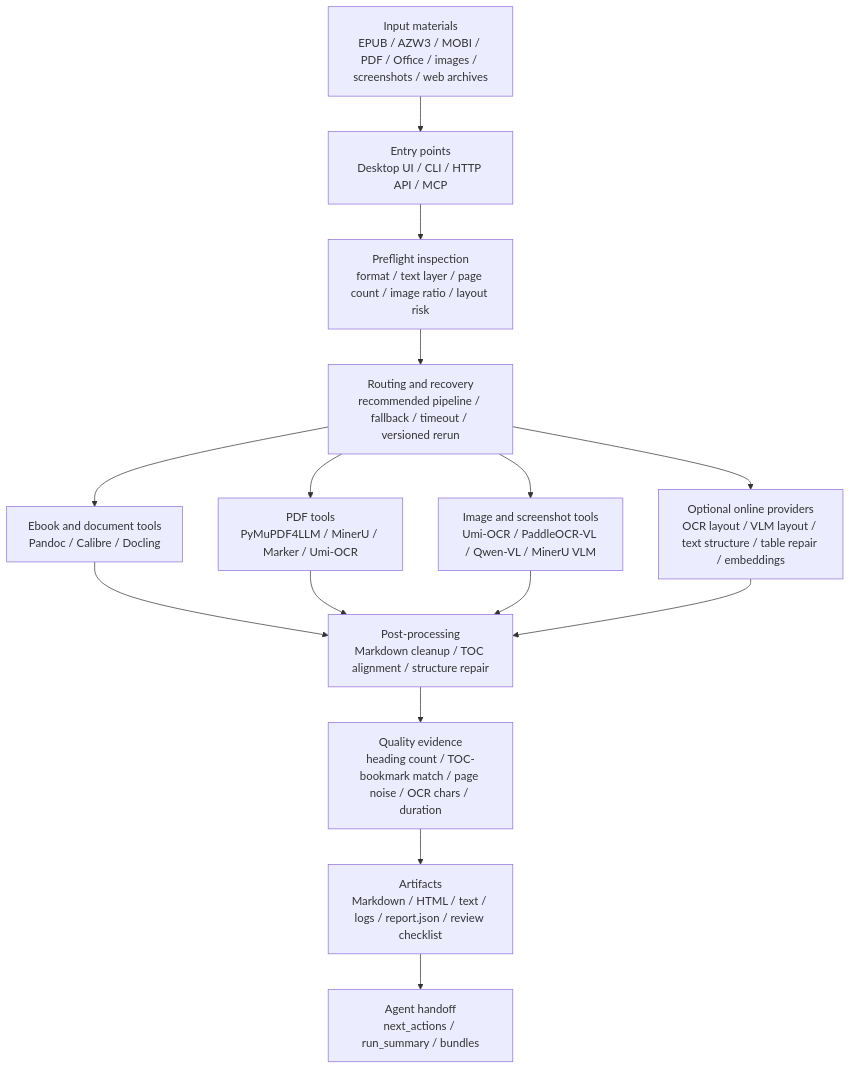
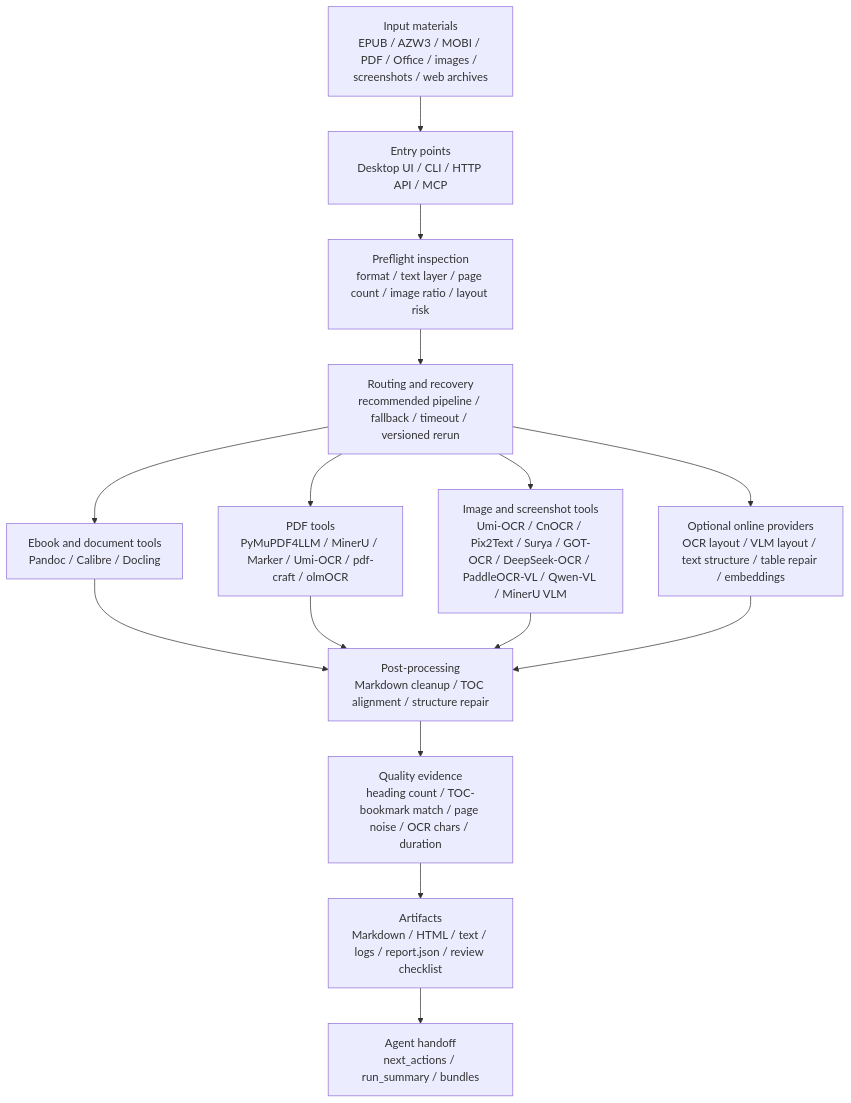
One commit to lightcoloror/ebook-markdown-pipeline changed the diagram in docs/ARCHITECTURE_DIAGRAM.md. Above: the diagram before and after it, drawn with Mermaid. The commit also changed other lines of this file and 52 other files, not shown here.

````diff
--- a/docs/ARCHITECTURE_DIAGRAM.md
+++ b/docs/ARCHITECTURE_DIAGRAM.md
@@ -7,24 +7,24 @@
 ```mermaid
 flowchart TD
     input["Input materials\nEPUB / AZW3 / MOBI / PDF / Office / images / screenshots / web archives"]
     entry["Entry points\nDesktop UI / CLI / HTTP API / MCP"]
     inspect["Preflight inspection\nformat / text layer / page count / image ratio / layout risk"]
     route["Routing and recovery\nrecommended pipeline / fallback / timeout / versioned rerun"]
 
     ebook["Ebook and document tools\nPandoc / Calibre / Docling"]
-    pdf["PDF tools\nPyMuPDF4LLM / MinerU / Marker / Umi-OCR"]
-    image["Image and screenshot tools\nUmi-OCR / PaddleOCR-VL / Qwen-VL / MinerU VLM"]
+    pdf["PDF tools\nPyMuPDF4LLM / MinerU / Marker / Umi-OCR / pdf-craft / olmOCR"]
+    image["Image and screenshot tools\nUmi-OCR / CnOCR / Pix2Text / Surya / GOT-OCR / DeepSeek-OCR / PaddleOCR-VL / Qwen-VL / MinerU VLM"]
     online["Optional online providers\nOCR layout / VLM layout / text structure / table repair / embeddings"]
 
     normalize["Post-processing\nMarkdown cleanup / TOC alignment / structure repair"]
     quality["Quality evidence\nheading count / TOC-bookmark match / page noise / OCR chars / duration"]
     output["Artifacts\nMarkdown / HTML / text / logs / report.json / review checklist"]
     agent["Agent handoff\nnext_actions / run_summary / bundles"]
 
     input --> entry --> inspect --> route
     route --> ebook --> normalize
     route --> pdf --> normalize
     route --> image --> normalize
     route --> online --> normalize
     normalize --> quality --> output --> agent
 ```
````
